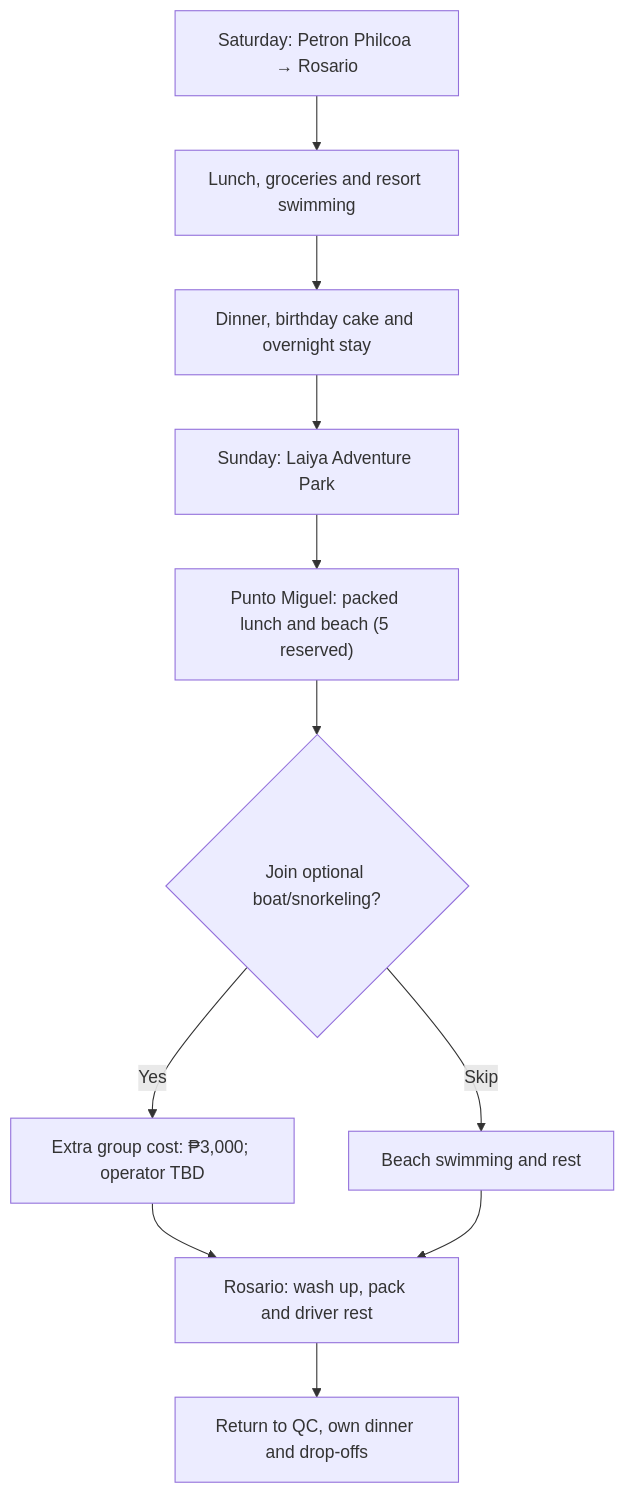
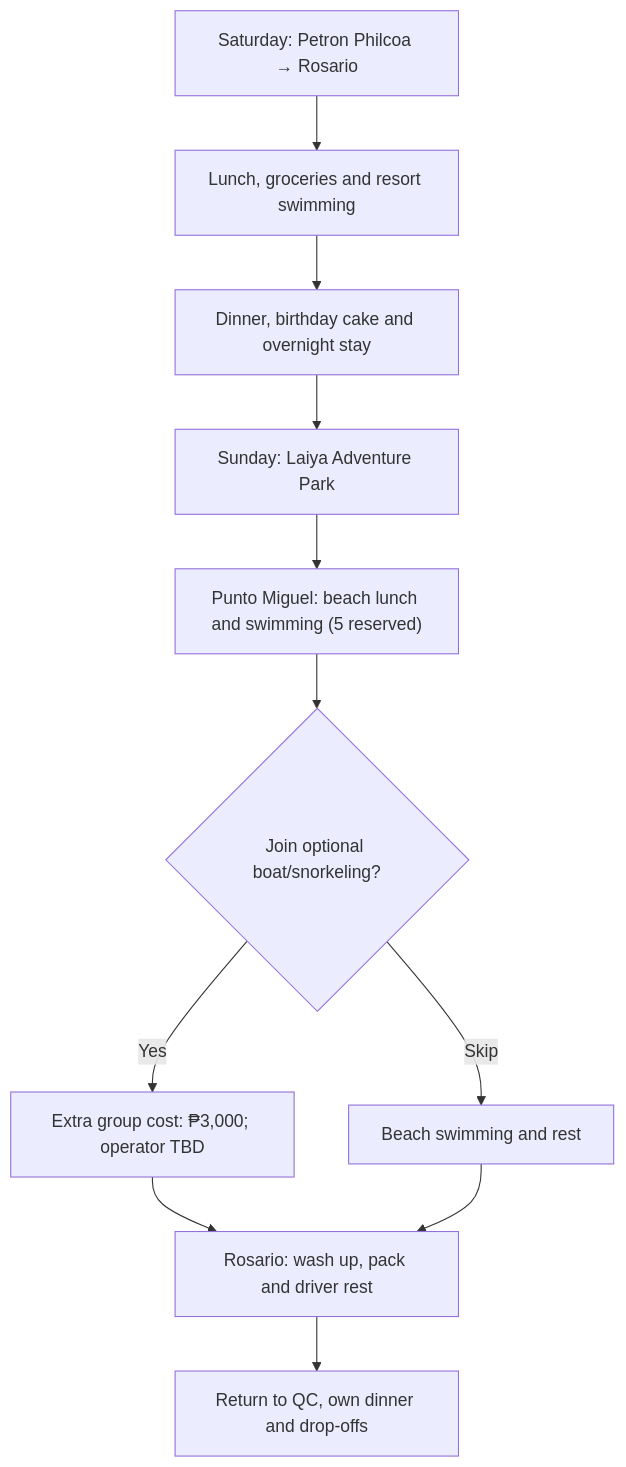
One commit to itsmcliam/Birthday-Plan changed the second of 2 diagrams in README.md. Above: the diagram before and after it, drawn with Mermaid. The commit also changed other lines of this file and 2 other files, not shown here.

Commit message:
Add shared gear assignments, shopping checklist and tentative beach grilling plan

````diff
--- a/README.md
+++ b/README.md
@@ -68,13 +70,13 @@
 ```mermaid
 flowchart TD
     A["Saturday: Petron Philcoa → Rosario"] --> B["Lunch, groceries and resort swimming"]
     B --> C["Dinner, birthday cake and overnight stay"]
     C --> D["Sunday: Laiya Adventure Park"]
-    D --> E["Punto Miguel: packed lunch and beach (5 reserved)"]
+    D --> E["Punto Miguel: beach lunch and swimming (5 reserved)"]
     E --> F{"Join optional boat/snorkeling?"}
     F -->|Yes| G["Extra group cost: ₱3,000; operator TBD"]
     F -->|Skip| H["Beach swimming and rest"]
     G --> I["Rosario: wash up, pack and driver rest"]
     H --> I
     I --> J["Return to QC, own dinner and drop-offs"]
 ```
````
